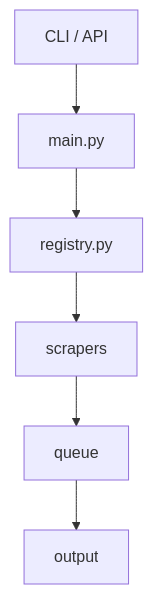
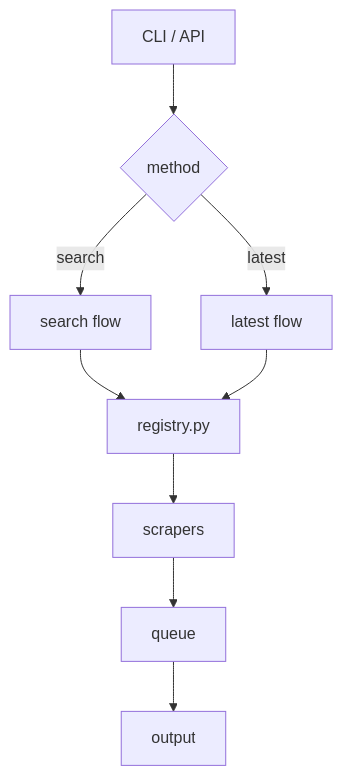
The diagram in docs/architecture.md (okkymabruri/news-watch), drawn with Mermaid before and after one commit. The commit also changed other lines of this file and 6 other files, not shown here.

Commit message:
document search/latest retrieval modes

````diff
--- a/docs/architecture.md
+++ b/docs/architecture.md
@@ -9,8 +9,11 @@
 ```mermaid
 flowchart TD
-    A[CLI / API] --> B[main.py]
-    B --> C[registry.py]
-    C --> D[scrapers]
-    D --> E[queue]
-    E --> F[output]
+    A[CLI / API] --> B{method}
+    B -->|search| C[search flow]
+    B -->|latest| D[latest flow]
+    C --> E[registry.py]
+    D --> E
+    E --> F[scrapers]
+    F --> G[queue]
+    G --> H[output]
 ```
````
